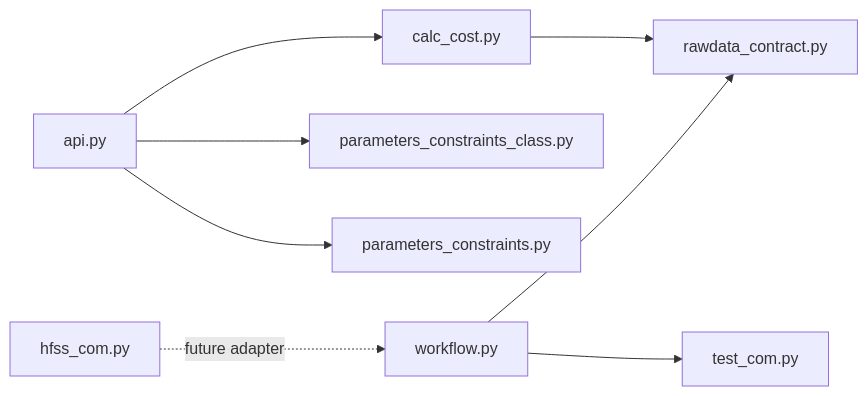
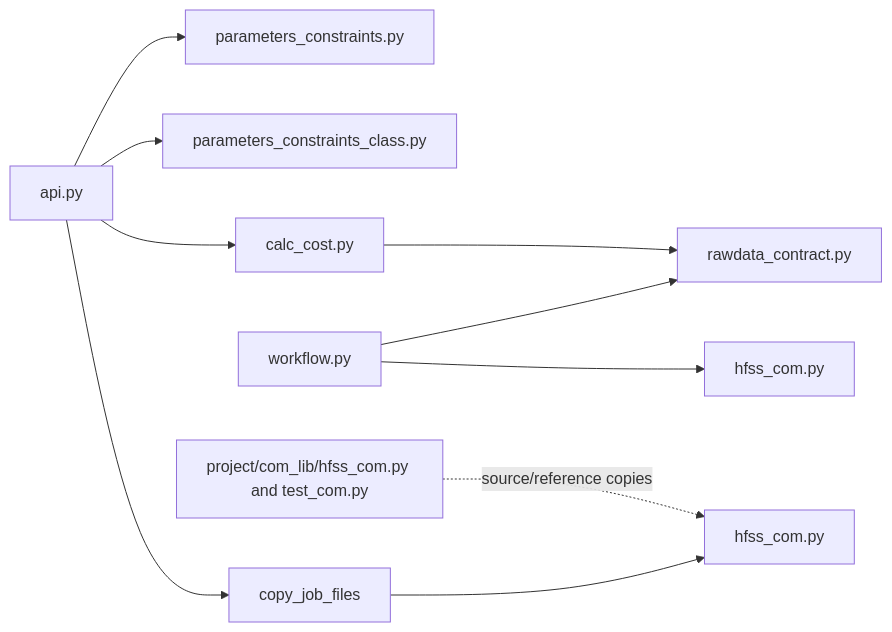
One commit to YS-Pan/yadof changed the third of 5 diagrams in dev_doc/architecture/c4_component.md. Above: the diagram before and after it, drawn with Mermaid. The commit also changed other lines of this file and 38 other files, not shown here.

````diff
--- a/dev_doc/architecture/c4_component.md
+++ b/dev_doc/architecture/c4_component.md
@@ -50,10 +50,12 @@
 ```mermaid
 flowchart LR
     JTAPI["api.py"] --> Params["parameters_constraints.py"]
     JTAPI --> ParamClass["parameters_constraints_class.py"]
     JTAPI --> Cost["calc_cost.py"]
-    Workflow["workflow.py"] --> TestCom["test_com.py"]
+    JTAPI --> Copy["copy_job_files"]
+    Copy --> ActiveCom["hfss_com.py"]
+    Workflow["workflow.py"] --> HFSSCom["hfss_com.py"]
     Workflow --> RawContract["rawdata_contract.py"]
     Cost --> RawContract
-    HFSS["hfss_com.py"] -. future adapter .-> Workflow
+    ComLib["project/com_lib/hfss_com.py and test_com.py"] -. source/reference copies .-> ActiveCom
 ```
````
